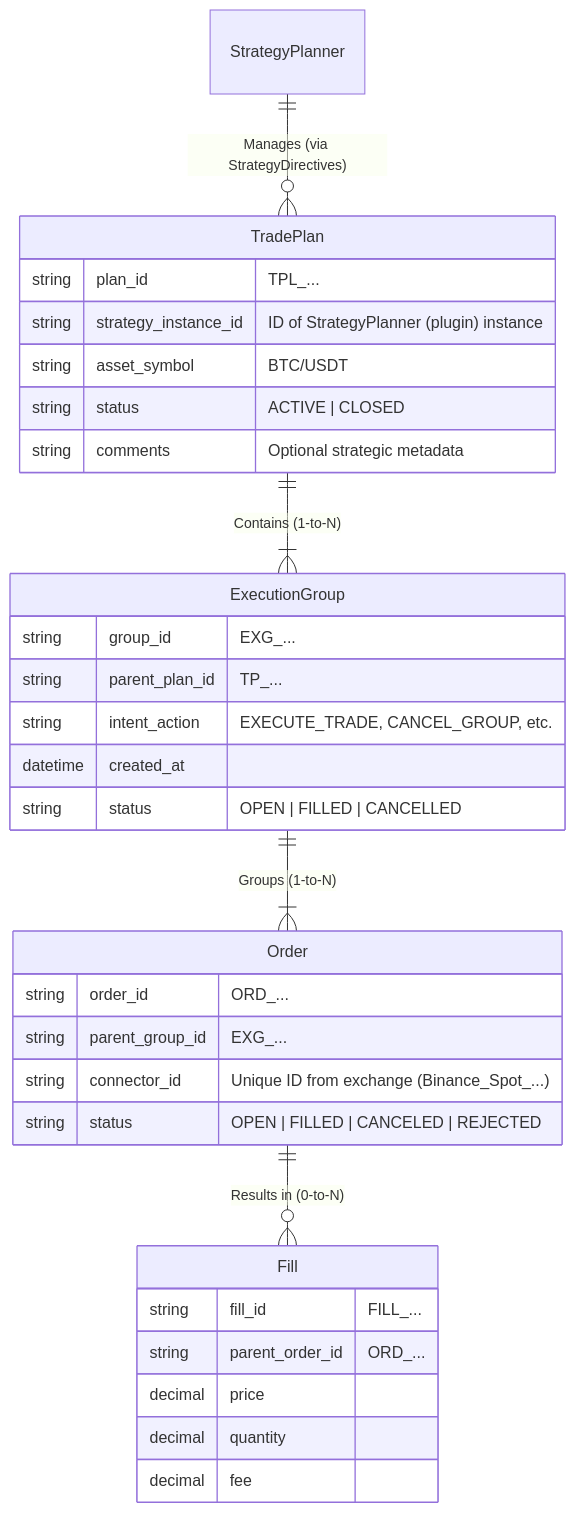
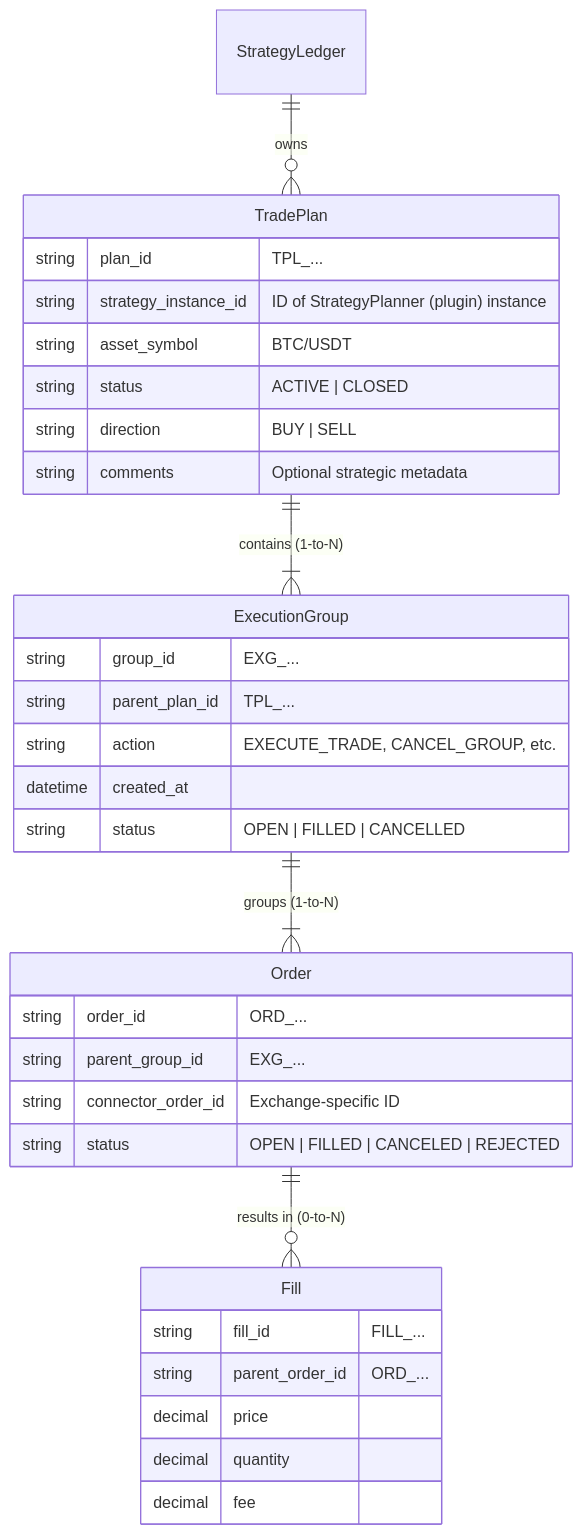
Before and after one commit to MikeyVK/S1mpleTraderV3: the diagram in docs/architecture/TRADE_LIFECYCLE.md, drawn with Mermaid. The commit also changed other lines of this file, not shown here.

First line of the commit message:
docs: revise TRADE_LIFECYCLE.md per revision plan

````diff
--- a/docs/architecture/TRADE_LIFECYCLE.md
+++ b/docs/architecture/TRADE_LIFECYCLE.md
@@ -15,38 +18,39 @@
 ```mermaid
 erDiagram  
-    StrategyPlanner ||--o{ TradePlan : "Manages (via StrategyDirectives)"  
-    TradePlan ||--|{ ExecutionGroup : "Contains (1-to-N)"  
-    ExecutionGroup ||--|{ Order : "Groups (1-to-N)"  
-    Order ||--o{ Fill : "Results in (0-to-N)"
+    StrategyLedger ||--o{ TradePlan : "owns"
+    TradePlan ||--|{ ExecutionGroup : "contains (1-to-N)"  
+    ExecutionGroup ||--|{ Order : "groups (1-to-N)"  
+    Order ||--o{ Fill : "results in (0-to-N)"
 
     TradePlan {  
         string plan_id "TPL_..."  
         string strategy_instance_id "ID of StrategyPlanner (plugin) instance"  
         string asset_symbol "BTC/USDT"  
         string status "ACTIVE | CLOSED"  
+        string direction "BUY | SELL"
         string comments "Optional strategic metadata"  
     }
 
     ExecutionGroup {  
         string group_id "EXG_..."  
-        string parent_plan_id "TP_..."  
-        string intent_action "EXECUTE_TRADE, CANCEL_GROUP, etc."  
+        string parent_plan_id "TPL_..."  
+        string action "EXECUTE_TRADE, CANCEL_GROUP, etc."  
         datetime created_at  
         string status "OPEN | FILLED | CANCELLED"  
     }
 
     Order {  
         string order_id "ORD_..."  
         string parent_group_id "EXG_..."  
-        string connector_id "Unique ID from exchange (Binance_Spot_...)"  
+        string connector_order_id "Exchange-specific ID"  
         string status "OPEN | FILLED | CANCELED | REJECTED"  
     }
 
     Fill {  
         string fill_id "FILL_..."  
         string parent_order_id "ORD_..."  
         decimal price  
         decimal quantity  
         decimal fee  
     }
 ```
````
